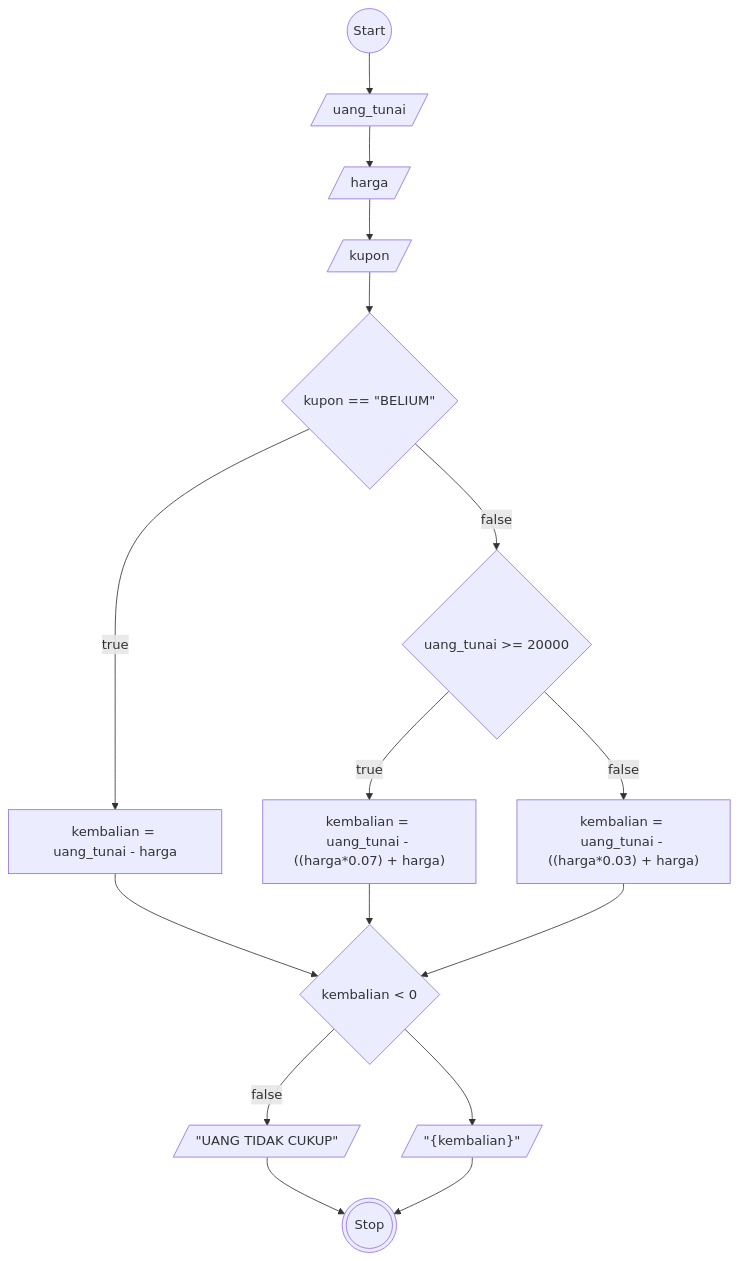
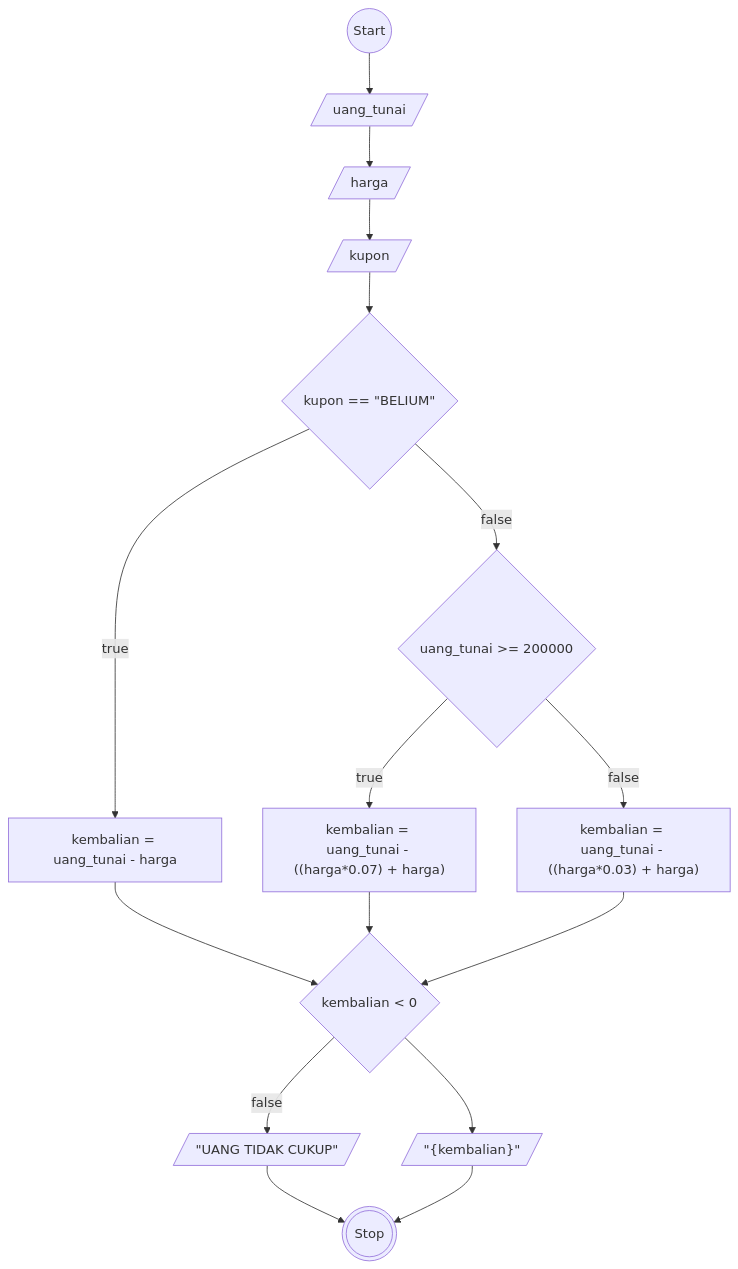
One commit to almarufh/Koda-B8-Algoritma changed the diagram in readme.md. Above: the diagram before and after it, drawn with Mermaid. The commit also changed other lines of this file, not shown here.

````diff
--- a/readme.md
+++ b/readme.md
@@ -21,27 +21,27 @@
 ```mermaid
 
 flowchart TD
 
 A@{ shape: circle, label: Start }
 B@{ shape: lean-r, label: uang_tunai }
 C@{ shape: lean-r, label: harga }
 D@{ shape: lean-r, label: kupon }
 E@{ shape: diamond, label: 'kupon == "BELIUM"'}
 F@{ shape: rect, label: "kembalian = uang_tunai - harga" }
-G@{ shape: diamond, label: "uang_tunai >= 20000" }
+G@{ shape: diamond, label: "uang_tunai >= 200000" }
 H@{ shape: diamond, label: "kembalian < 0" }
 I@{ shape: rect, label: "kembalian = uang_tunai - ((harga*0.07) + harga)" }
 J@{ shape: rect, label: "kembalian = uang_tunai - ((harga*0.03) + harga)" }
 K@{ shape: dbl-circ, label: Stop }
 L@{ shape: lean-r, label: '"UANG TIDAK CUKUP"' }
 M@{ shape: lean-r, label: '"{kembalian}"'}
 
 A --> B --> C --> D --> E
 E --true--> F --> H
 E --false--> G
 G --true--> I --> H
 G --false--> J --> H
 H  --false--> L --> K 
 H --> M --> K 
 
 ```
````
